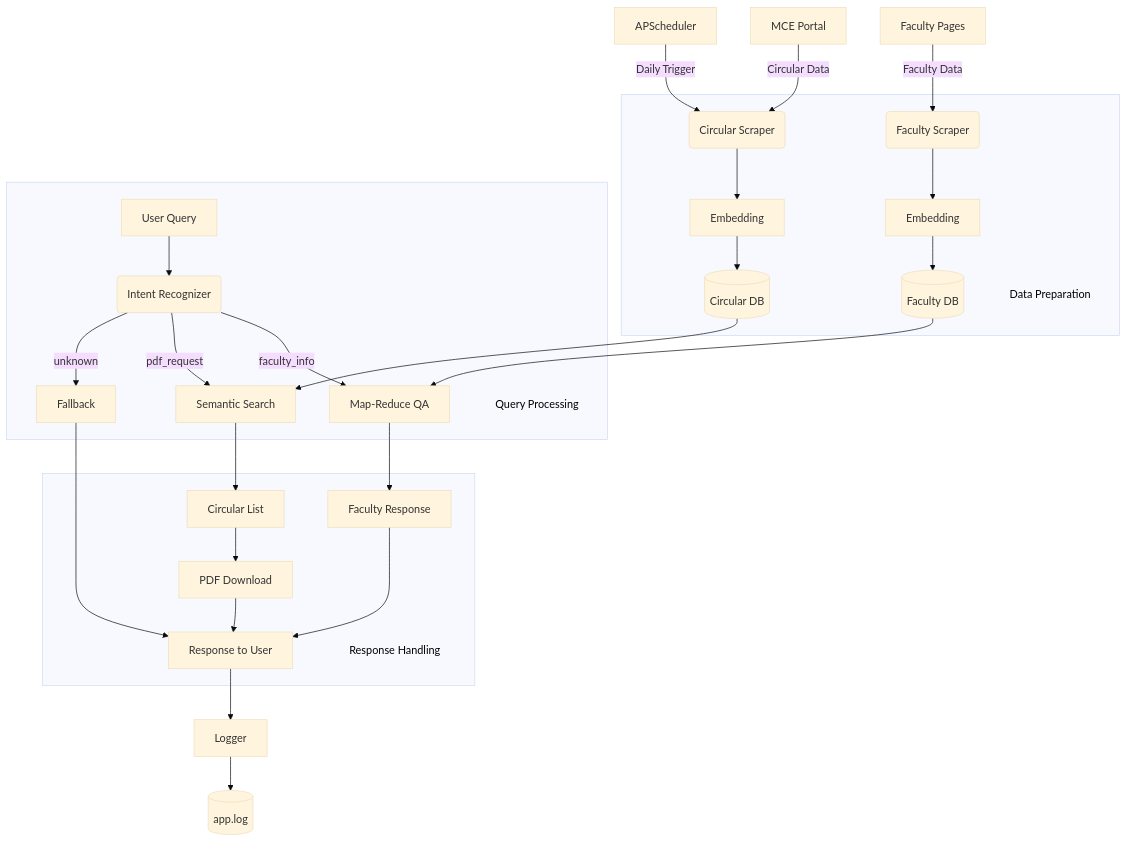
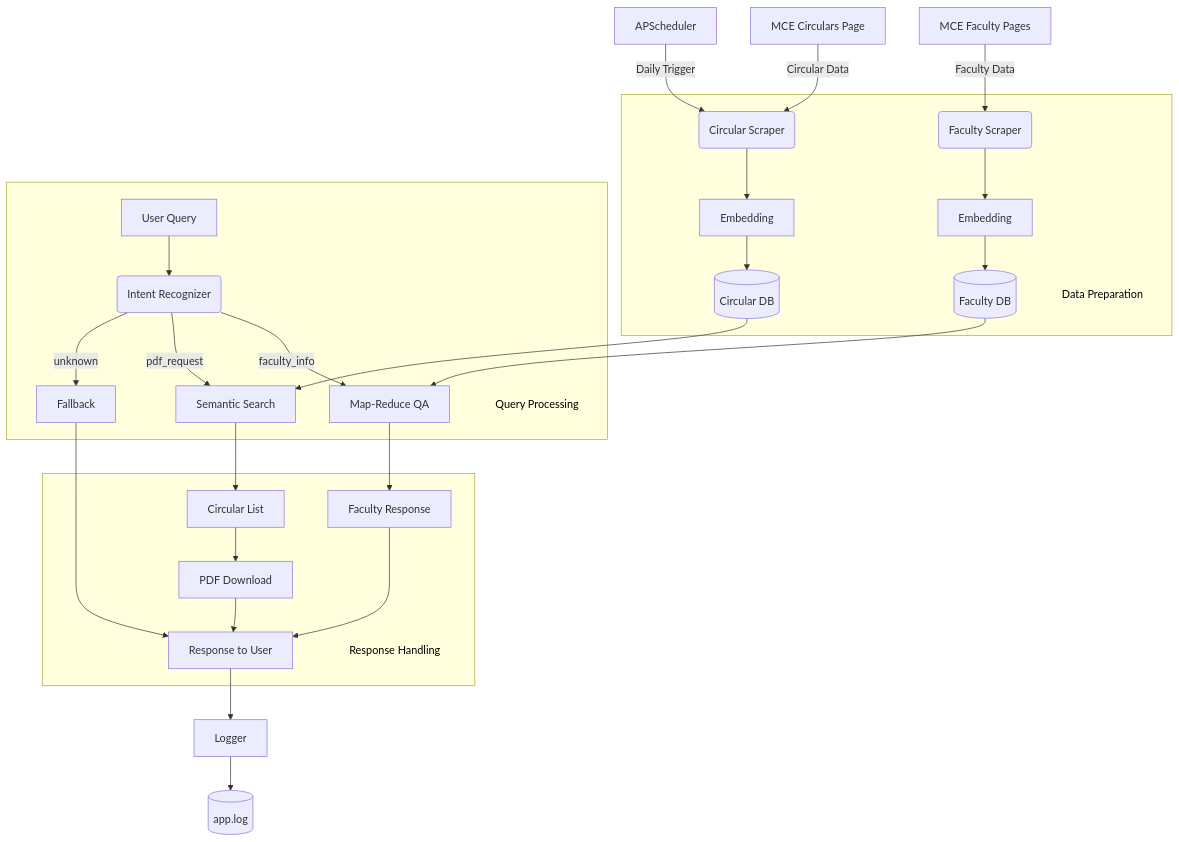
One commit to aappu-hp/NovaCite changed the diagram in README.md. Above: the diagram before and after it, drawn with Mermaid.

Commit message:
feat: Updated Architecture Diagram

````diff
--- a/README.md
+++ b/README.md
@@ -33,47 +33,46 @@
 ```mermaid
-%%{init:{'theme':'base','themeVariables':{'diagramBackground':'#ffffff'}}}%%
 graph TD
     %% ===== DATA SOURCES =====
-    MCE[MCE Portal] -->|Circular Data| CS
-    FAC[Faculty Pages] -->|Faculty Data| FS
+    MCE[MCE Circulars Page] -->|Circular Data| CS
+    FAC[MCE Faculty Pages] -->|Faculty Data| FS
 
     %% ===== DATA PREPARATION =====
     subgraph DP[" "]
         FS(Faculty Scraper) --> FE[Embedding]
         CS(Circular Scraper) --> CE[Embedding]
         FE --> FDB[(Faculty DB)]
         CE --> CDB[(Circular DB)]
         DP_Title>Data Preparation]:::title
     end
 
     %% ===== USER INTERACTION =====
     subgraph QP[" "]
         U[User Query] --> IR(Intent Recognizer)
         IR -->|faculty_info| QA[Map-Reduce QA]
         IR -->|pdf_request| SS[Semantic Search]
         IR -->|unknown| FB[Fallback]
         FDB --> QA
         CDB --> SS
         QP_Title>Query Processing]:::title
     end
 
     %% ===== RESPONSE GENERATION =====
     subgraph RH[" "]
         QA --> FR[Faculty Response]
         SS --> CL[Circular List]
         CL --> PD[PDF Download]
         FR & PD & FB --> R[Response to User]
         RH_Title>Response Handling]:::title
     end
 
     %% ===== LOGGING =====
     R --> L[Logger]
     L --> APP[(app.log)]
 
     %% ===== AUTOMATION =====
     AP[APScheduler] -->|Daily Trigger| CS
 
     %% ===== STYLING =====
     classDef title fill:transparent, stroke:transparent, color:black, width:0, height:0, text-align:left;
     class DP_Title,QP_Title,RH_Title title;
 ```
````
